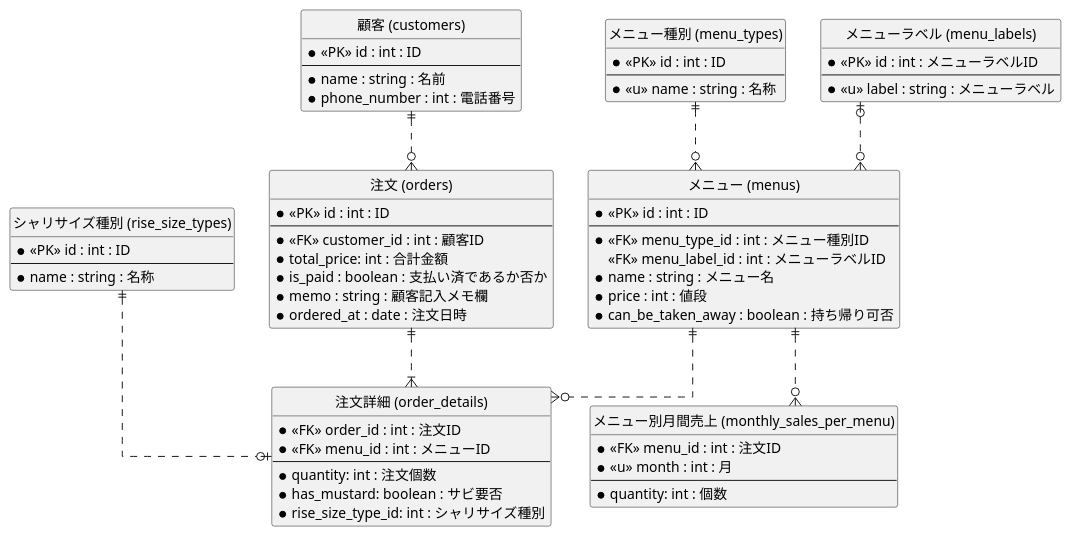
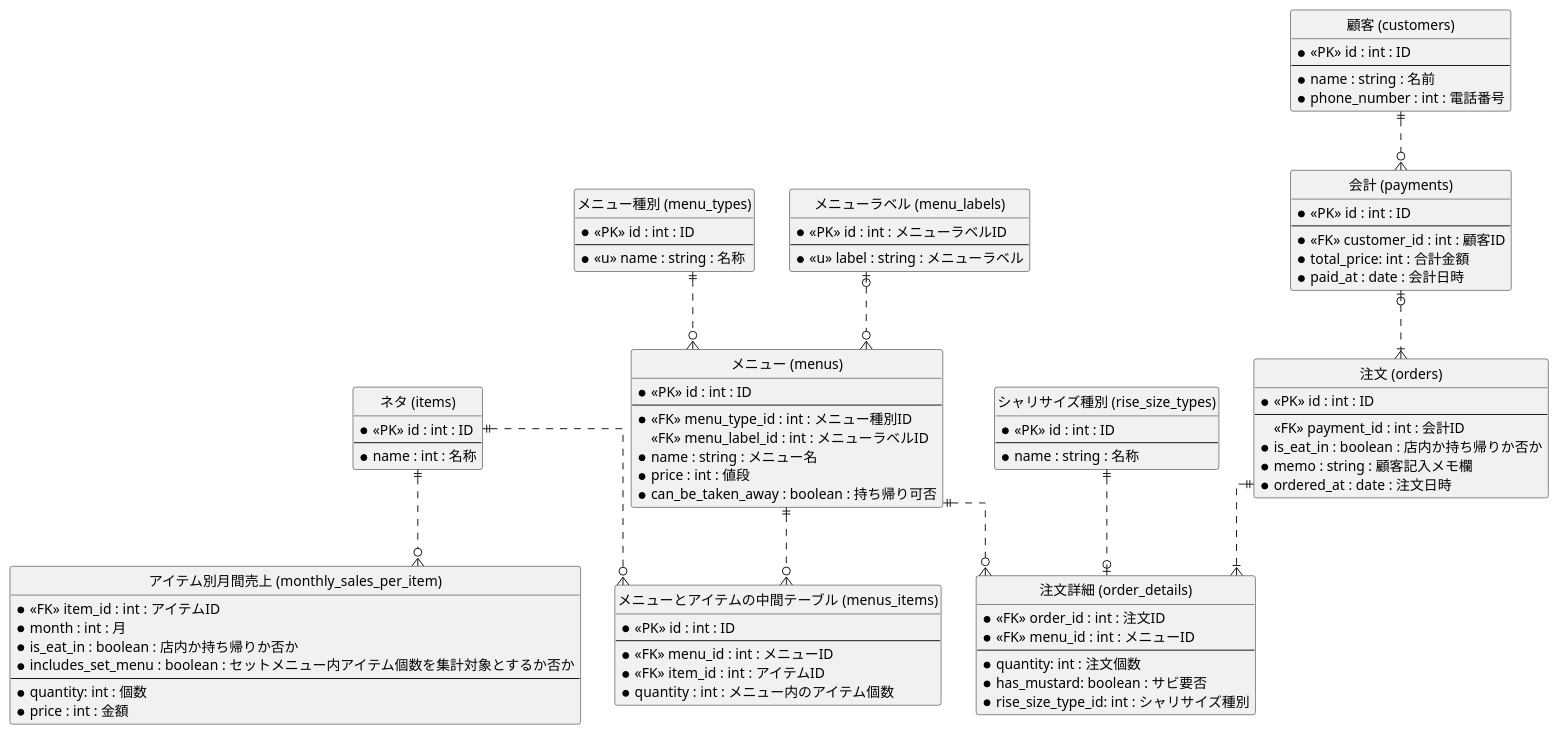
The diagram in 01.データベース設計/DBモデリング1/ER/SushiOrderWithMonthlyAggregation.pu (blueglasses1995/PrAhaChallenge), drawn with PlantUML before and after one commit. The commit also changed 1 other file, not shown here.

Commit message:
feat: add aggregation er diagram

```diff
--- a/01.データベース設計/DBモデリング1/ER/SushiOrderWithMonthlyAggregation.pu
+++ b/01.データベース設計/DBモデリング1/ER/SushiOrderWithMonthlyAggregation.pu
@@ -1,74 +1,101 @@
 @startuml sushi
  hide circle
  skinparam linetype ortho
  
+ entity "ネタ (items)" as items {
+     * <<PK>> id : int : ID
+     --
+     * name : int : 名称
+ }
+
+ entity "メニューとアイテムの中間テーブル (menus_items)" as menus_items {
+     * <<PK>> id : int : ID
+     --
+     * <<FK>> menu_id : int : メニューID
+     * <<FK>> item_id : int : アイテムID
+     * quantity : int : メニュー内のアイテム個数
+ }
+
  entity "メニュー (menus)" as menus {
      * <<PK>> id : int : ID
      --
      * <<FK>> menu_type_id : int : メニュー種別ID
      <<FK>> menu_label_id : int : メニューラベルID
      * name : string : メニュー名
      * price : int : 値段
      * can_be_taken_away : boolean : 持ち帰り可否
  }
 
  entity "メニュー種別 (menu_types)" as menu_types {
      * <<PK>> id : int : ID
      --
      * <<u>> name : string : 名称
  }
 
  entity "メニューラベル (menu_labels)" as menu_labels {
      * <<PK>> id : int : メニューラベルID
      --
      * <<u>> label : string : メニューラベル
  }
 
  entity "顧客 (customers)" as customers {
      * <<PK>> id : int : ID
      --
      * name : string : 名前
      * phone_number : int : 電話番号
  }
 
  entity "シャリサイズ種別 (rise_size_types)" as rise_size_types {
      * <<PK>> id : int : ID
      --
      * name : string : 名称
  }
 
 entity "注文 (orders)" as orders {
      * <<PK>> id : int : ID
      --
-     * <<FK>> customer_id : int : 顧客ID
-     * total_price: int : 合計金額     
-     * is_paid : boolean : 支払い済であるか否か
+     <<FK>> payment_id : int : 会計ID
+     * is_eat_in : boolean : 店内か持ち帰りか否か
      * memo : string : 顧客記入メモ欄
      * ordered_at : date : 注文日時
+}
+
+entity "会計 (payments)" as payments {
+     * <<PK>> id : int : ID
+     --
+     * <<FK>> customer_id : int : 顧客ID
+     * total_price: int : 合計金額
+     * paid_at : date : 会計日時
 }
 
  entity "注文詳細 (order_details)" as order_details {
      * <<FK>> order_id : int : 注文ID
      * <<FK>> menu_id : int : メニューID
      --
      * quantity: int : 注文個数
      * has_mustard: boolean : サビ要否
      * rise_size_type_id: int : シャリサイズ種別
  }
 
- entity "メニュー別月間売上 (monthly_sales_per_menu)" as monthly_sales_per_menu {
-     * <<FK>> menu_id : int : 注文ID
-     * <<u>> month : int : 月
+ entity "アイテム別月間売上 (monthly_sales_per_item)" as monthly_sales_per_item {
+     * <<FK>> item_id : int : アイテムID
+     * month : int : 月
+     * is_eat_in : boolean : 店内か持ち帰りか否か
+     * includes_set_menu : boolean : セットメニュー内アイテム個数を集計対象とするか否か
      --
      * quantity: int : 個数
+     * price : int : 金額
  }
 
-customers ||..o{ orders
+customers ||..o{ payments
+payments |o..|{ orders
 orders ||..|{ order_details
 rise_size_types ||..o| order_details
 menus ||..o{ order_details
 menu_types ||..o{ menus
 menu_labels |o..o{ menus
-menus ||..o{ monthly_sales_per_menu
+menus ||..o{ menus_items
+items ||..o{ menus_items
+items ||..o{ monthly_sales_per_item
 
  @enduml
```
